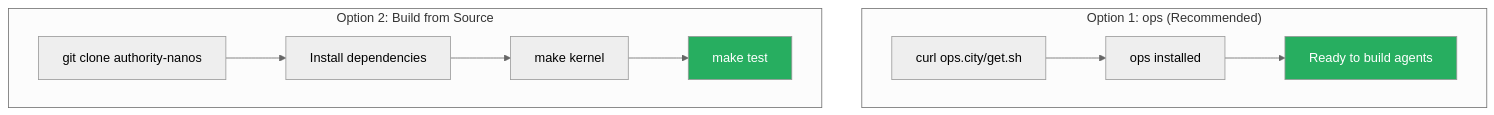
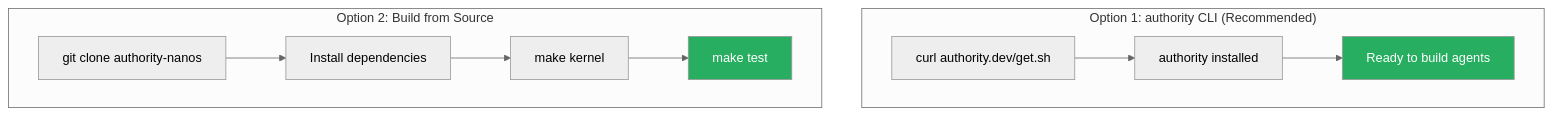
Before and after one commit to mbhatt1/nanos: the first of 2 diagrams in docs/getting-started/installation.md, drawn with Mermaid (neutral theme). The commit also changed other lines of this file and 15 other files, not shown here.

````diff
--- a/docs/getting-started/installation.md
+++ b/docs/getting-started/installation.md
@@ -5,22 +5,22 @@
 ```mermaid
 flowchart TB
-    subgraph "Option 1: ops (Recommended)"
-        OPS_CURL[curl ops.city/get.sh]
-        OPS_INSTALL[ops installed]
+    subgraph "Option 1: authority CLI (Recommended)"
+        OPS_CURL[curl authority.dev/get.sh]
+        OPS_INSTALL[authority installed]
         OPS_READY[Ready to build agents]
 
         OPS_CURL --> OPS_INSTALL --> OPS_READY
     end
 
     subgraph "Option 2: Build from Source"
         SRC_CLONE[git clone authority-nanos]
         SRC_DEPS[Install dependencies]
         SRC_BUILD[make kernel]
         SRC_TEST[make test]
 
         SRC_CLONE --> SRC_DEPS --> SRC_BUILD --> SRC_TEST
     end
 
     style OPS_READY fill:#27ae60,color:#fff
     style SRC_TEST fill:#27ae60,color:#fff
 ```
````
